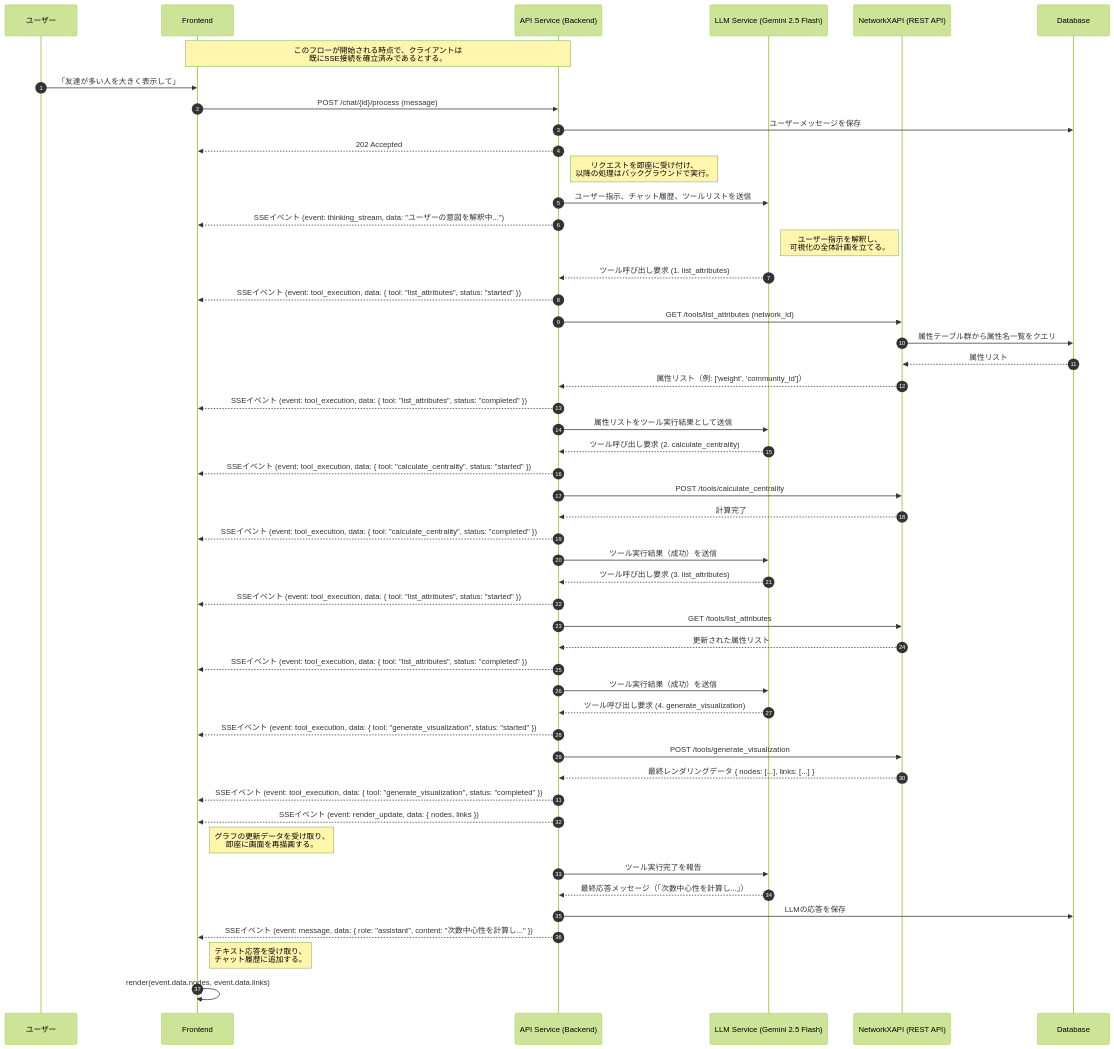
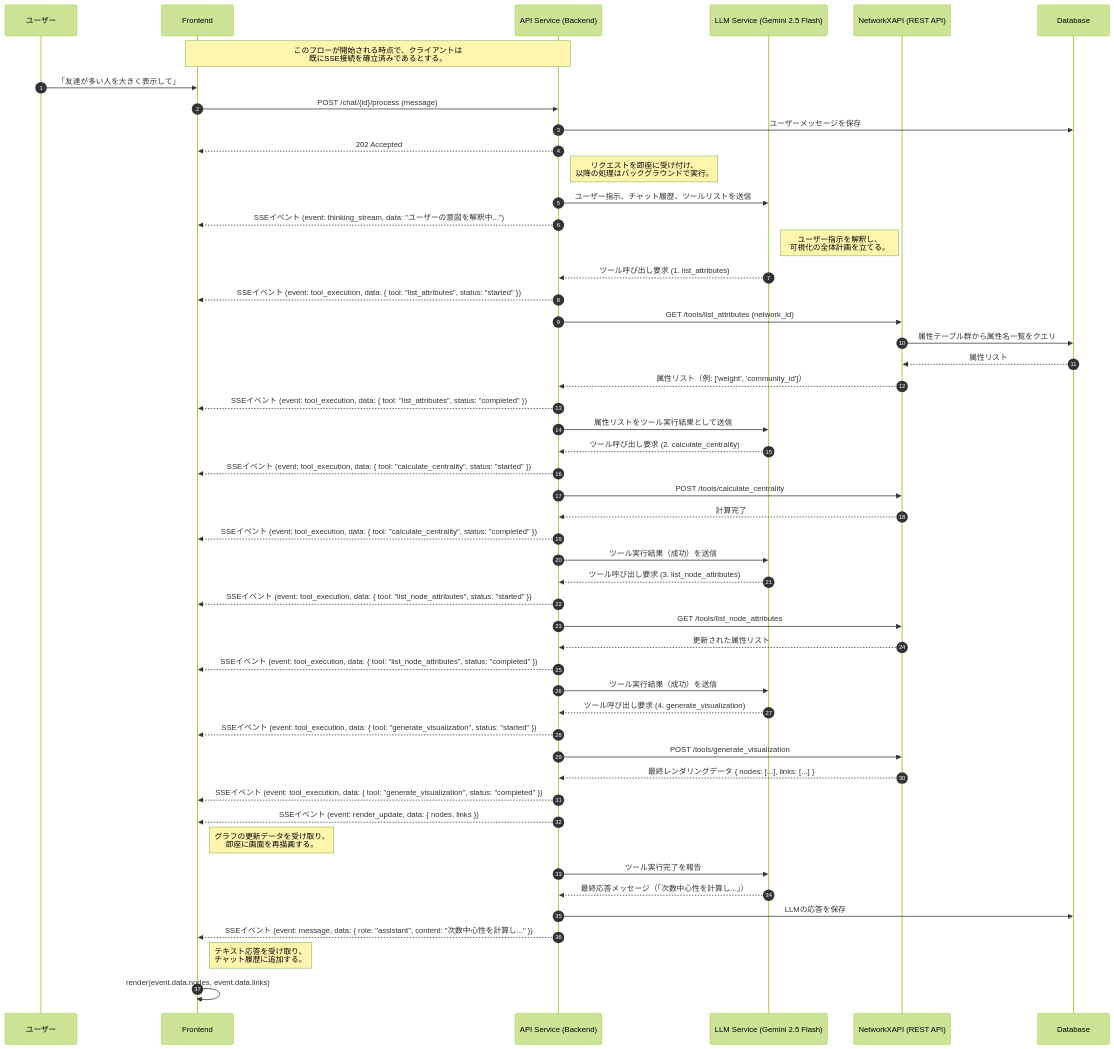
The second of 3 diagrams in specification/2_Technical_Details/6_Core_Workflows.md (vdslab/LLMGraphvis), drawn with Mermaid (forest theme) before and after one commit. The commit also changed 9 other files, not shown here.

````diff
--- a/specification/2_Technical_Details/6_Core_Workflows.md
+++ b/specification/2_Technical_Details/6_Core_Workflows.md
@@ -81,74 +81,74 @@
 ```mermaid
 sequenceDiagram
     autonumber
     %% Participants
     participant U as ユーザー
     participant F as Frontend
     participant B as API Service (Backend)
     participant LLM as LLM Service (Gemini 2.5 Flash)
     participant N as NetworkXAPI (REST API)
     participant DB as Database
 
     note over F, B: このフローが開始される時点で、クライアントは<br/>既にSSE接続を確立済みであるとする。
 
     U->>F: 「友達が多い人を大きく表示して」
     F->>B: POST /chat/{id}/process (message)
     B->>DB: ユーザーメッセージを保存
     B-->>F: 202 Accepted
     note right of B: リクエストを即座に受け付け、<br/>以降の処理はバックグラウンドで実行。
 
     %% Step 1: Backend starts the process and streams thinking
     B->>LLM: ユーザー指示、チャット履歴、ツールリストを送信
     B-->>F: SSEイベント (event: thinking_stream, data: "ユーザーの意図を解釈中...")
     note right of LLM: ユーザー指示を解釈し、<br/>可視化の全体計画を立てる。
     LLM-->>B: ツール呼び出し要求 (1. list_attributes)
 
     %% Step 2: Backend executes tools and streams status
     B-->>F: SSEイベント (event: tool_execution, data: { tool: "list_attributes", status: "started" })
     B->>N: GET /tools/list_attributes (network_id)
     N->>DB: 属性テーブル群から属性名一覧をクエリ
     DB-->>N: 属性リスト
     N-->>B: 属性リスト（例: ['weight', 'community_id']）
     B-->>F: SSEイベント (event: tool_execution, data: { tool: "list_attributes", status: "completed" })
 
     %% Step 3: Backend continues planning with LLM
     B->>LLM: 属性リストをツール実行結果として送信
     LLM-->>B: ツール呼び出し要求 (2. calculate_centrality)
 
     %% Step 4: Backend executes calculate_centrality
     B-->>F: SSEイベント (event: tool_execution, data: { tool: "calculate_centrality", status: "started" })
     B->>N: POST /tools/calculate_centrality
     N-->>B: 計算完了
     B-->>F: SSEイベント (event: tool_execution, data: { tool: "calculate_centrality", status: "completed" })
     
     B->>LLM: ツール実行結果（成功）を送信
-    LLM-->>B: ツール呼び出し要求 (3. list_attributes)
+    LLM-->>B: ツール呼び出し要求 (3. list_node_attributes)
 
-    %% Step 5: Backend executes list_attributes (Verification)
-    B-->>F: SSEイベント (event: tool_execution, data: { tool: "list_attributes", status: "started" })
-    B->>N: GET /tools/list_attributes
+    %% Step 5: Backend executes list_node_attributes (Verification)
+    B-->>F: SSEイベント (event: tool_execution, data: { tool: "list_node_attributes", status: "started" })
+    B->>N: GET /tools/list_node_attributes
     N-->>B: 更新された属性リスト
-    B-->>F: SSEイベント (event: tool_execution, data: { tool: "list_attributes", status: "completed" })
+    B-->>F: SSEイベント (event: tool_execution, data: { tool: "list_node_attributes", status: "completed" })
 
     B->>LLM: ツール実行結果（成功）を送信
     LLM-->>B: ツール呼び出し要求 (4. generate_visualization)
 
     %% Step 6: Backend executes generate_visualization
     B-->>F: SSEイベント (event: tool_execution, data: { tool: "generate_visualization", status: "started" })
     B->>N: POST /tools/generate_visualization
     N-->>B: 最終レンダリングデータ { nodes: [...], links: [...] }
     B-->>F: SSEイベント (event: tool_execution, data: { tool: "generate_visualization", status: "completed" })
 
     %% Step 7: Backend sends final data and text response via SSE
     B-->>F: SSEイベント (event: render_update, data: { nodes, links })
     note right of F: グラフの更新データを受け取り、<br/>即座に画面を再描画する。
 
     B->>LLM: ツール実行完了を報告
     LLM-->>B: 最終応答メッセージ（「次数中心性を計算し...」）
     B->>DB: LLMの応答を保存
     B-->>F: SSEイベント (event: message, data: { role: "assistant", content: "次数中心性を計算し..." })
     note right of F: テキスト応答を受け取り、<br/>チャット履歴に追加する。
 
     %% Step 8: Frontend renders the updated network
     F->>F: render(event.data.nodes, event.data.links)
 ```
````
